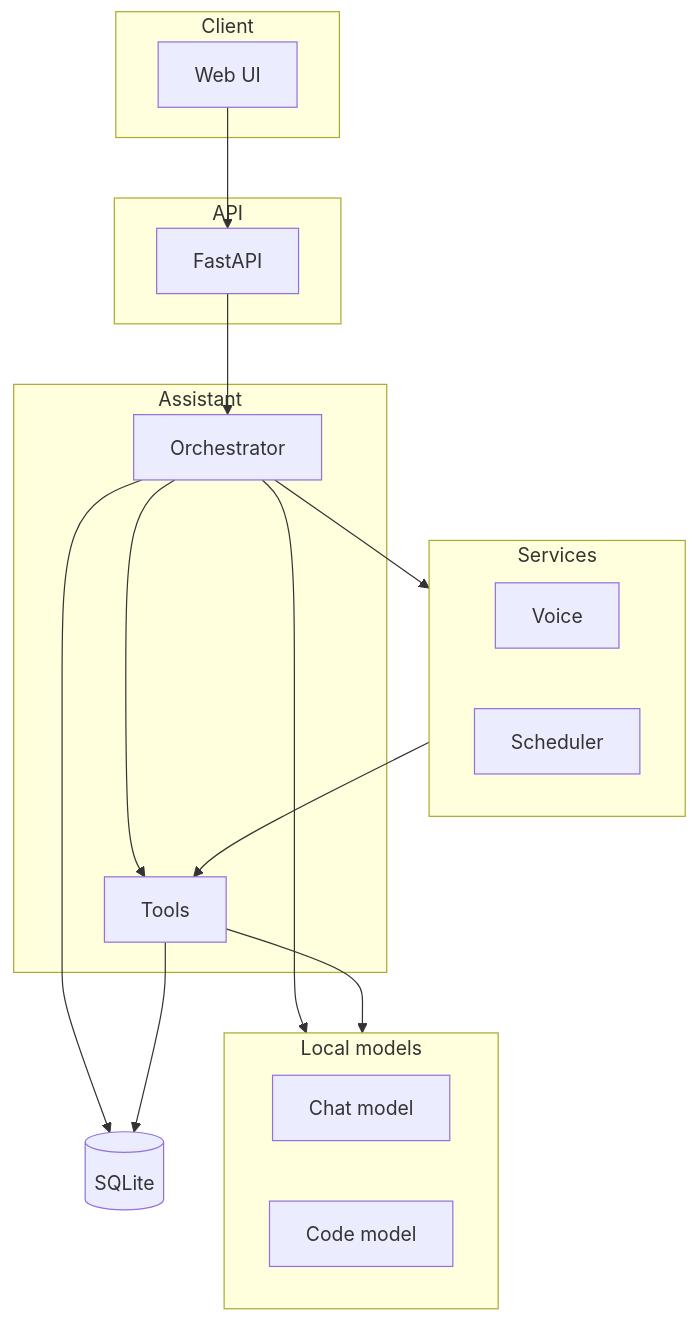
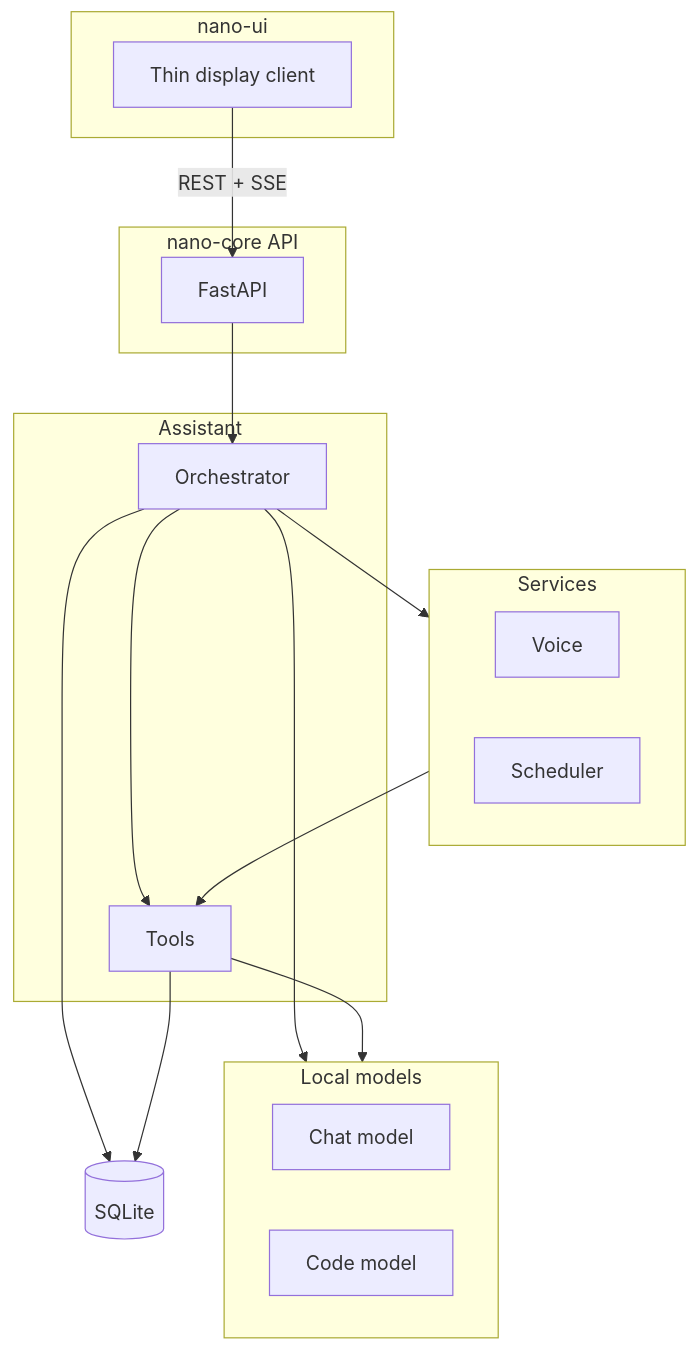
The second of 2 diagrams in docs/README.md (JoniMustaniemi/nano-core), drawn with Mermaid before and after one commit. The commit also changed other lines of this file and 40 other files, not shown here.

````diff
--- a/docs/README.md
+++ b/docs/README.md
@@ -135,38 +151,38 @@
 ```mermaid
 flowchart TB
-    subgraph client [Client]
-        WebUI[Web UI]
+    subgraph client [nano-ui]
+        WebUI[Thin display client]
     end
 
-    subgraph api [API]
+    subgraph api [nano-core API]
         FastAPI
     end
 
     subgraph assistant [Assistant]
         Orchestrator
         Tools
     end
 
     subgraph models [Local models]
         direction LR
         ChatModel[Chat model]
         CodeModel[Code model]
     end
 
     subgraph services [Services]
         direction LR
         Voice
         Scheduler
     end
 
     SQLite[(SQLite)]
 
-    WebUI --> FastAPI --> Orchestrator
+    WebUI -->|REST + SSE| FastAPI --> Orchestrator
     Orchestrator --> ChatModel
     Orchestrator --> Tools
     Orchestrator --> Voice
     Tools --> CodeModel
     Orchestrator --> SQLite
     Tools --> SQLite
     Scheduler --> Tools
 ```
````
